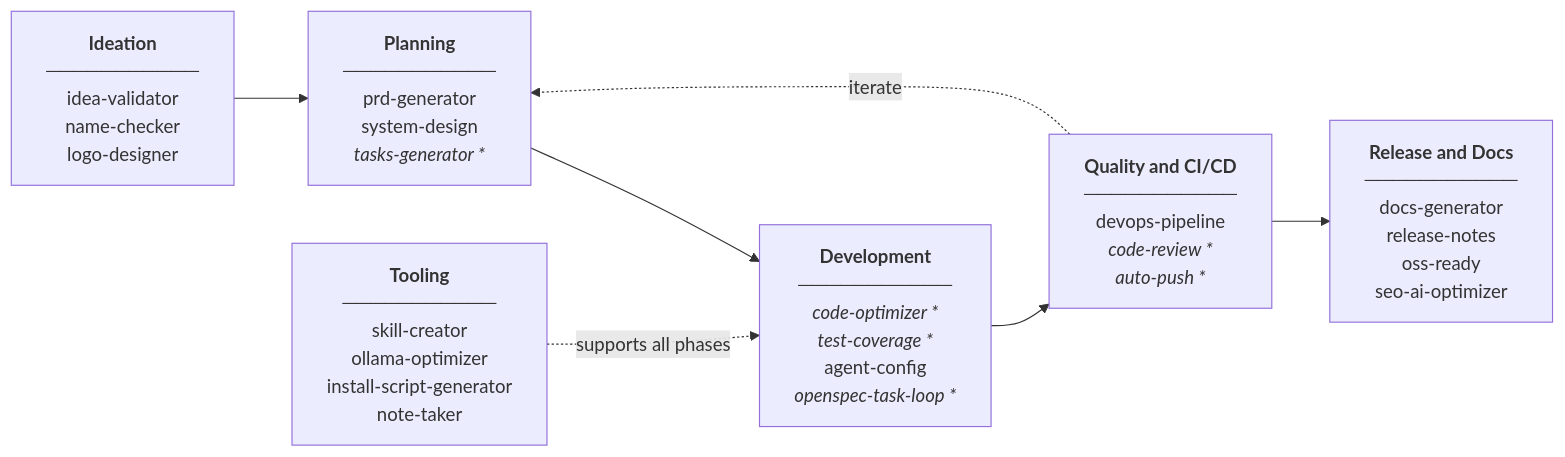
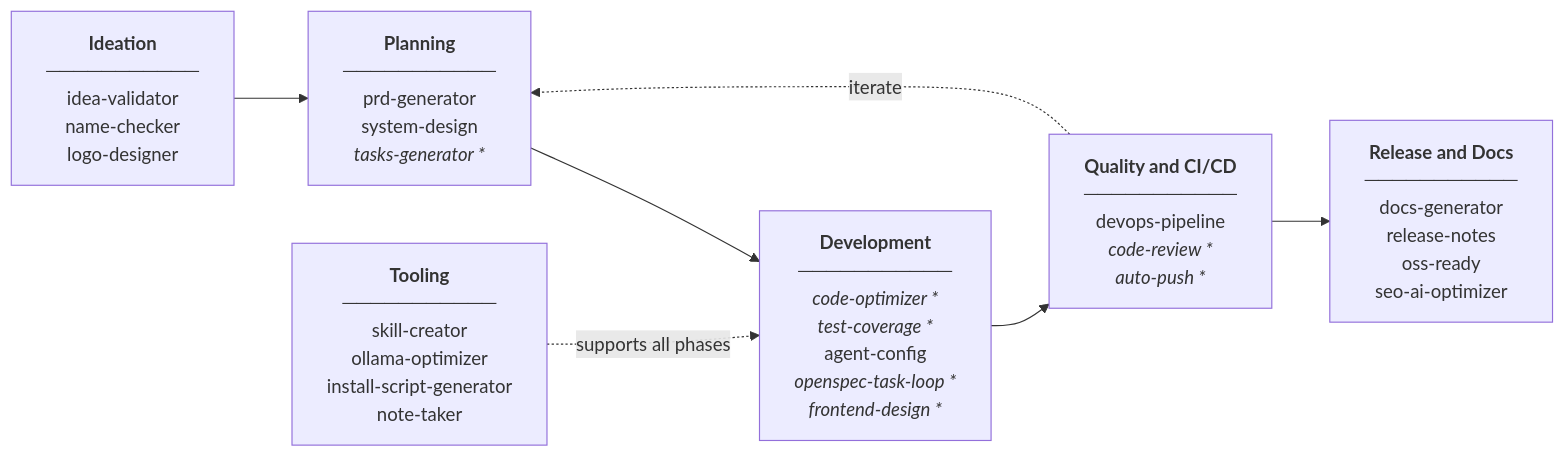
The diagram in README.md (luongnv89/skills), drawn with Mermaid before and after one commit. The commit also changed other lines of this file and 2 other files, not shown here.

First line of the commit message:
feat: add frontend-design skill with default style guide (v1.1.0)

````diff
--- a/README.md
+++ b/README.md
@@ -37,16 +37,16 @@
 ```mermaid
 flowchart LR
     IDEATION["<b>Ideation</b><br/>───────────<br/>idea-validator<br/>name-checker<br/>logo-designer"]
     PLANNING["<b>Planning</b><br/>───────────<br/>prd-generator<br/>system-design<br/><i>tasks-generator *</i>"]
-    DEVELOPMENT["<b>Development</b><br/>───────────<br/><i>code-optimizer *</i><br/><i>test-coverage *</i><br/>agent-config<br/><i>openspec-task-loop *</i>"]
+    DEVELOPMENT["<b>Development</b><br/>───────────<br/><i>code-optimizer *</i><br/><i>test-coverage *</i><br/>agent-config<br/><i>openspec-task-loop *</i><br/><i>frontend-design *</i>"]
     QUALITY["<b>Quality and CI/CD</b><br/>───────────<br/>devops-pipeline<br/><i>code-review *</i><br/><i>auto-push *</i>"]
     RELEASE["<b>Release and Docs</b><br/>───────────<br/>docs-generator<br/>release-notes<br/>oss-ready<br/>seo-ai-optimizer"]
     TOOLING["<b>Tooling</b><br/>───────────<br/>skill-creator<br/>ollama-optimizer<br/>install-script-generator<br/>note-taker"]
 
     IDEATION --> PLANNING
     PLANNING --> DEVELOPMENT
     DEVELOPMENT --> QUALITY
     QUALITY --> RELEASE
     QUALITY -.->|iterate| PLANNING
     TOOLING -.->|supports all phases| DEVELOPMENT
 ```
````
